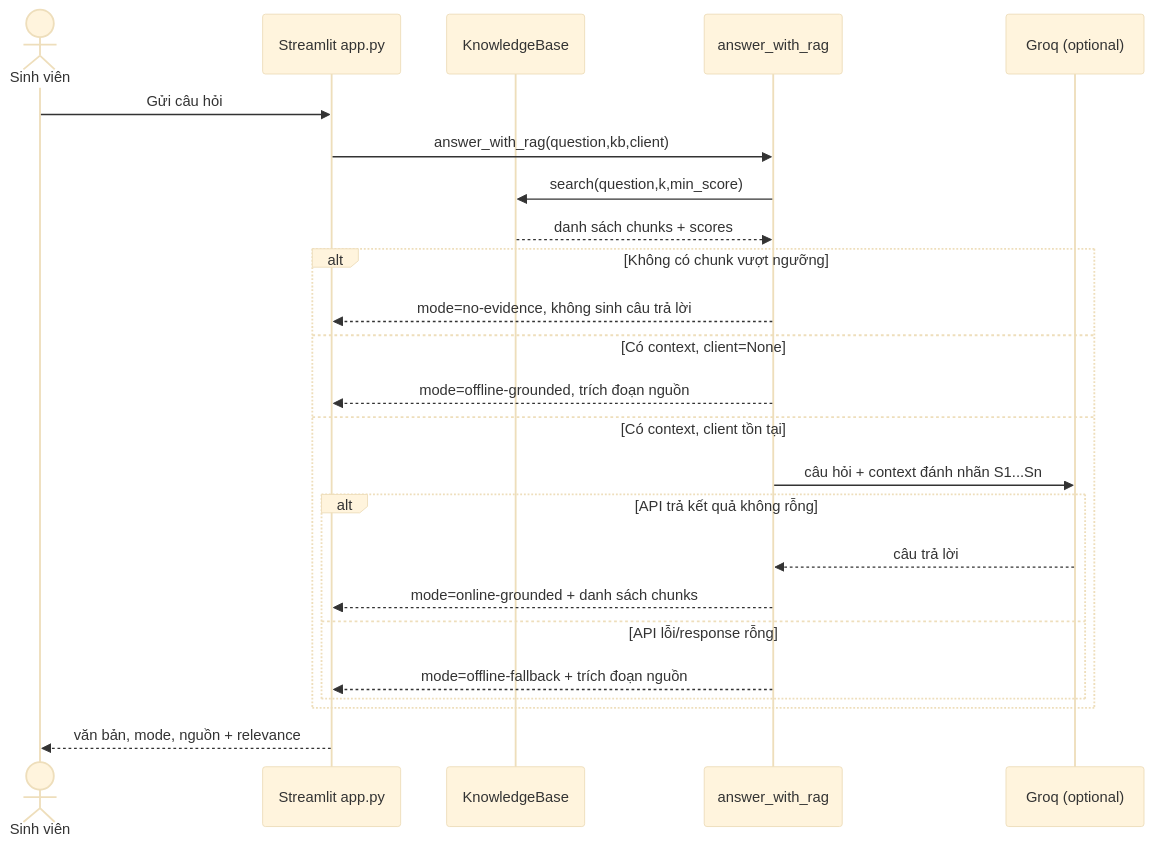
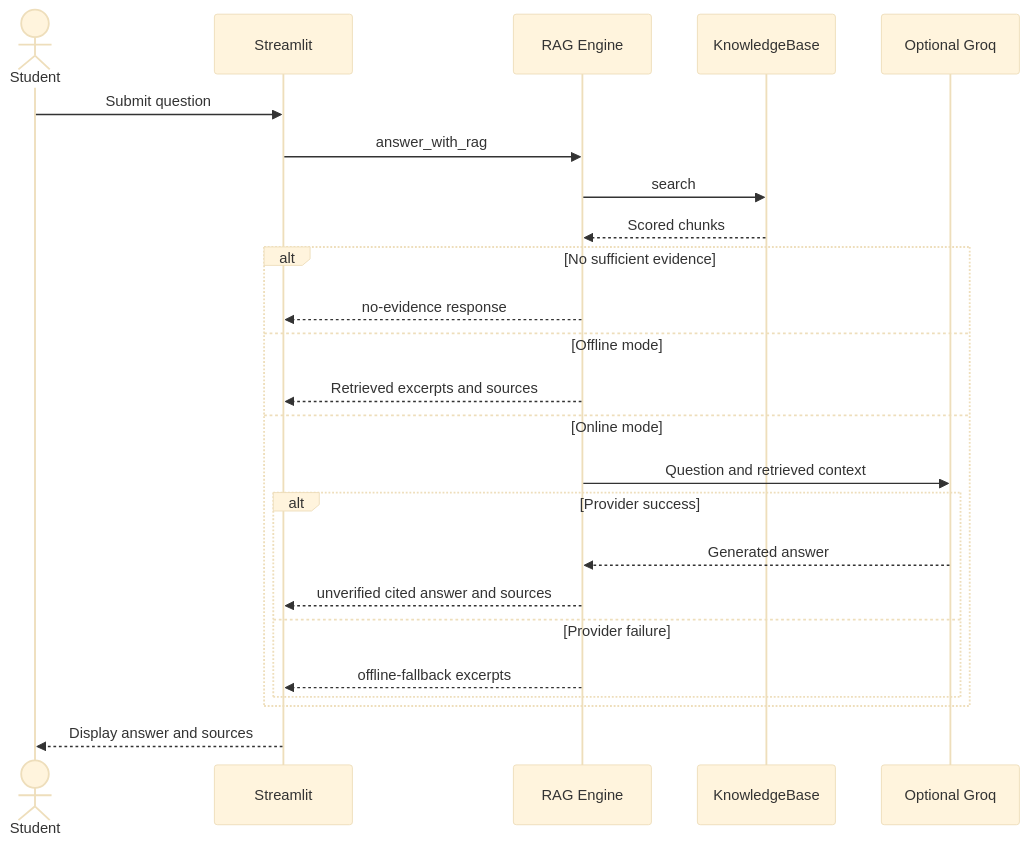
One commit to levanmanh268/cmc-ai-mentor-network changed the fourth of 5 diagrams in docs/architecture.md. Above: the diagram before and after it, drawn with Mermaid (base theme). The commit also changed other lines of this file and 7 other files, not shown here.

First line of the commit message:
fix(docs): restore Mermaid preview compatibility and synchronize architecture

````diff
--- a/docs/architecture.md
+++ b/docs/architecture.md
@@ -118,26 +125,26 @@
 ```mermaid
 sequenceDiagram
-    actor Student as Sinh viên
-    participant UI as Streamlit app.py
+    actor Student as Student
+    participant UI as Streamlit
+    participant RAG as RAG Engine
     participant KB as KnowledgeBase
-    participant Engine as answer_with_rag
-    participant LLM as Groq (optional)
-    Student->>UI: Gửi câu hỏi
-    UI->>Engine: answer_with_rag(question,kb,client)
-    Engine->>KB: search(question,k,min_score)
-    KB-->>Engine: danh sách chunks + scores
-    alt Không có chunk vượt ngưỡng
-        Engine-->>UI: mode=no-evidence, không sinh câu trả lời
-    else Có context, client=None
-        Engine-->>UI: mode=offline-grounded, trích đoạn nguồn
-    else Có context, client tồn tại
-        Engine->>LLM: câu hỏi + context đánh nhãn S1...Sn
-        alt API trả kết quả không rỗng
-            LLM-->>Engine: câu trả lời
-            Engine-->>UI: mode=online-grounded + danh sách chunks
-        else API lỗi/response rỗng
-            Engine-->>UI: mode=offline-fallback + trích đoạn nguồn
+    participant LLM as Optional Groq
+    Student->>UI: Submit question
+    UI->>RAG: answer_with_rag
+    RAG->>KB: search
+    KB-->>RAG: Scored chunks
+    alt No sufficient evidence
+        RAG-->>UI: no-evidence response
+    else Offline mode
+        RAG-->>UI: Retrieved excerpts and sources
+    else Online mode
+        RAG->>LLM: Question and retrieved context
+        alt Provider success
+            LLM-->>RAG: Generated answer
+            RAG-->>UI: unverified cited answer and sources
+        else Provider failure
+            RAG-->>UI: offline-fallback excerpts
         end
     end
-    UI-->>Student: văn bản, mode, nguồn + relevance
+    UI-->>Student: Display answer and sources
 ```
````
